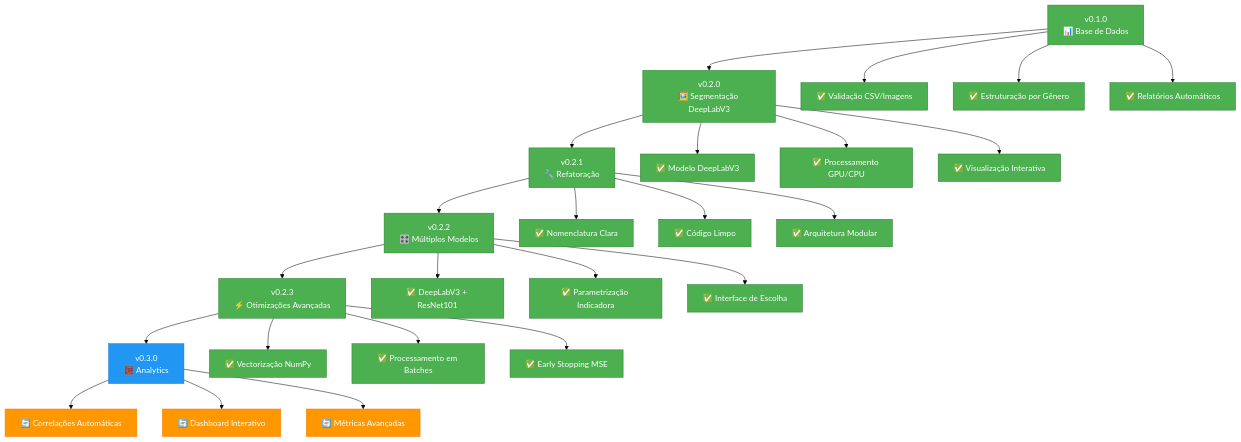
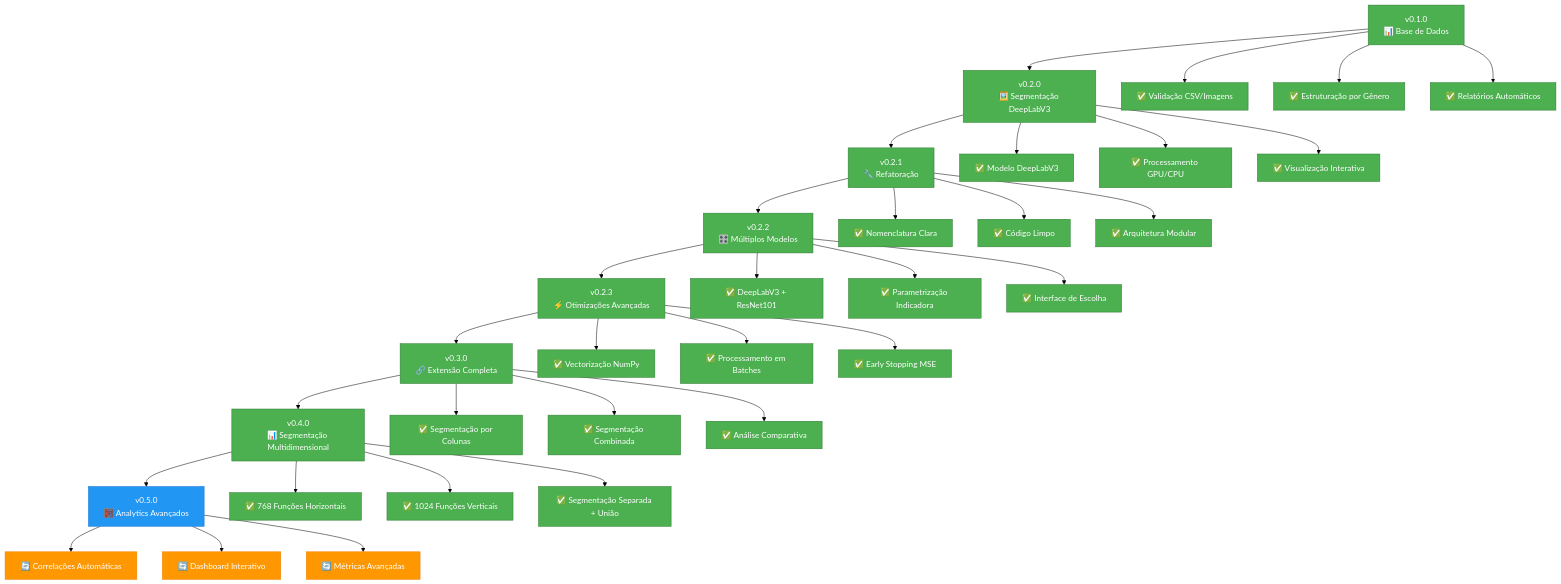
One commit to danilorigitano/DesafioInovia-dev changed the first of 8 diagrams in README.md. Above: the diagram before and after it, drawn with Mermaid (forest theme). The commit also changed other lines of this file and 5 other files, not shown here.

First line of the commit message:
feat: Implementa segmentação separada e união de imagens com funções indicadoras

````diff
--- a/README.md
+++ b/README.md
@@ -10,40 +23,50 @@
 ```mermaid
 graph TD
     A["v0.1.0<br/>📊 Base de Dados"] --> B["v0.2.0<br/>🖼️ Segmentação DeepLabV3"]
     B --> C["v0.2.1<br/>🔧 Refatoração"]
     C --> D["v0.2.2<br/>🎛️ Múltiplos Modelos"]
     D --> E["v0.2.3<br/>⚡ Otimizações Avançadas"]
-    E --> F["v0.3.0<br/>🧮 Analytics"]
+    E --> F["v0.3.0<br/>🔗 Extensão Completa"]
+    F --> G["v0.4.0<br/>📊 Segmentação Multidimensional"]
+    G --> H["v0.5.0<br/>🧮 Analytics Avançados"]
     
     A --> A1["✅ Validação CSV/Imagens"]
     A --> A2["✅ Estruturação por Gênero"]
     A --> A3["✅ Relatórios Automáticos"]
     
     B --> B1["✅ Modelo DeepLabV3"]
     B --> B2["✅ Processamento GPU/CPU"]
     B --> B3["✅ Visualização Interativa"]
     
     C --> C1["✅ Nomenclatura Clara"]
     C --> C2["✅ Código Limpo"]
     C --> C3["✅ Arquitetura Modular"]
     
     D --> D1["✅ DeepLabV3 + ResNet101"]
     D --> D2["✅ Parametrização Indicadora"]
     D --> D3["✅ Interface de Escolha"]
     
     E --> E1["✅ Vectorização NumPy"]
     E --> E2["✅ Processamento em Batches"]
     E --> E3["✅ Early Stopping MSE"]
     
-    F --> F1["🔄 Correlações Automáticas"]
-    F --> F2["🔄 Dashboard Interativo"]
-    F --> F3["🔄 Métricas Avançadas"]
+    F --> F1["✅ Segmentação por Colunas"]
+    F --> F2["✅ Segmentação Combinada"]
+    F --> F3["✅ Análise Comparativa"]
+    
+    G --> G1["✅ 768 Funções Horizontais"]
+    G --> G2["✅ 1024 Funções Verticais"]
+    G --> G3["✅ Segmentação Separada + União"]
+    
+    H --> H1["🔄 Correlações Automáticas"]
+    H --> H2["🔄 Dashboard Interativo"]
+    H --> H3["🔄 Métricas Avançadas"]
     
     classDef implemented fill:#4CAF50,stroke:#2E7D32,color:#fff
     classDef current fill:#2196F3,stroke:#1976D2,color:#fff
     classDef future fill:#FF9800,stroke:#F57C00,color:#fff
     
-    class A,B,C,D,E,A1,A2,A3,B1,B2,B3,C1,C2,C3,D1,D2,D3,E1,E2,E3 implemented
-    class F current
-    class F1,F2,F3 future
+    class A,B,C,D,E,F,G,A1,A2,A3,B1,B2,B3,C1,C2,C3,D1,D2,D3,E1,E2,E3,F1,F2,F3,G1,G2,G3 implemented
+    class H current
+    class H1,H2,H3 future
 ```
````
